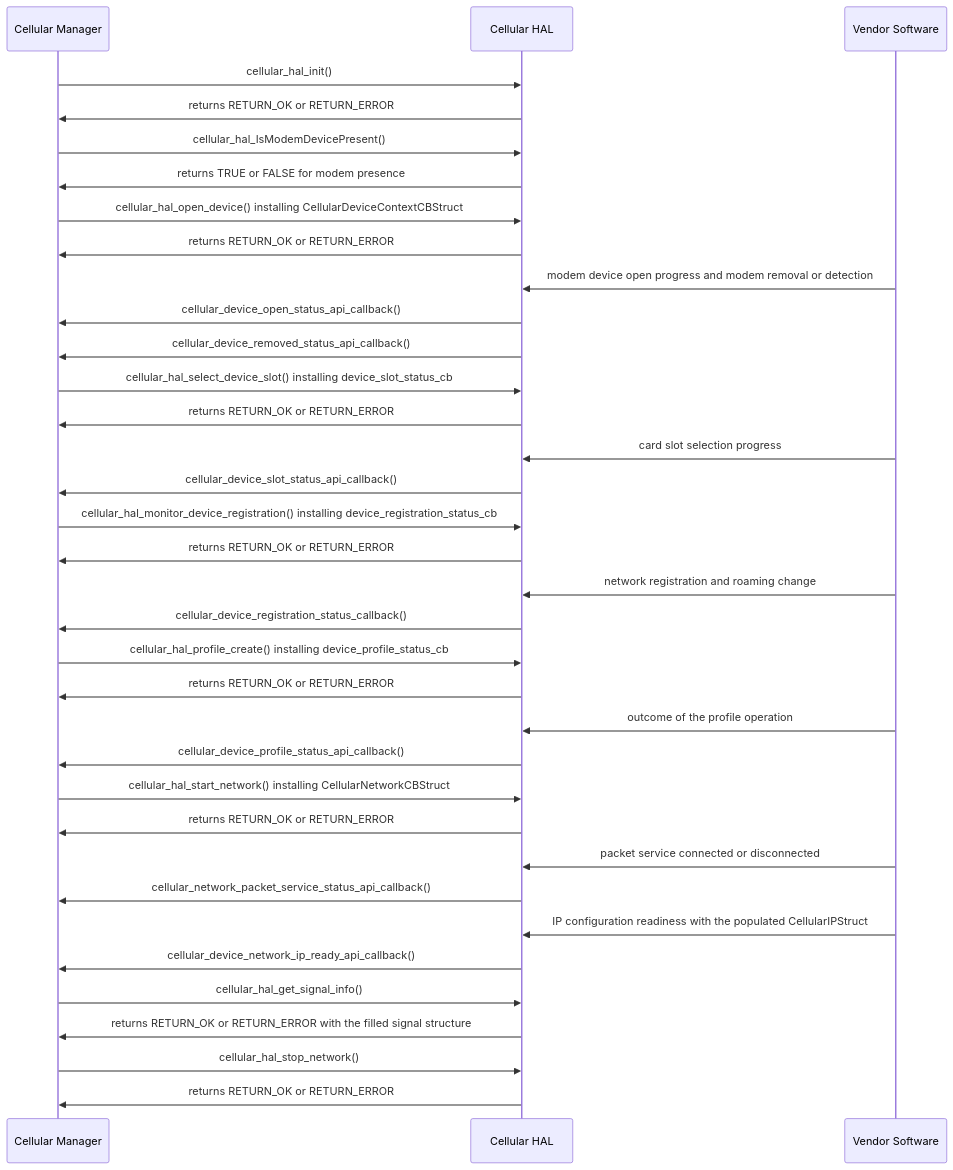
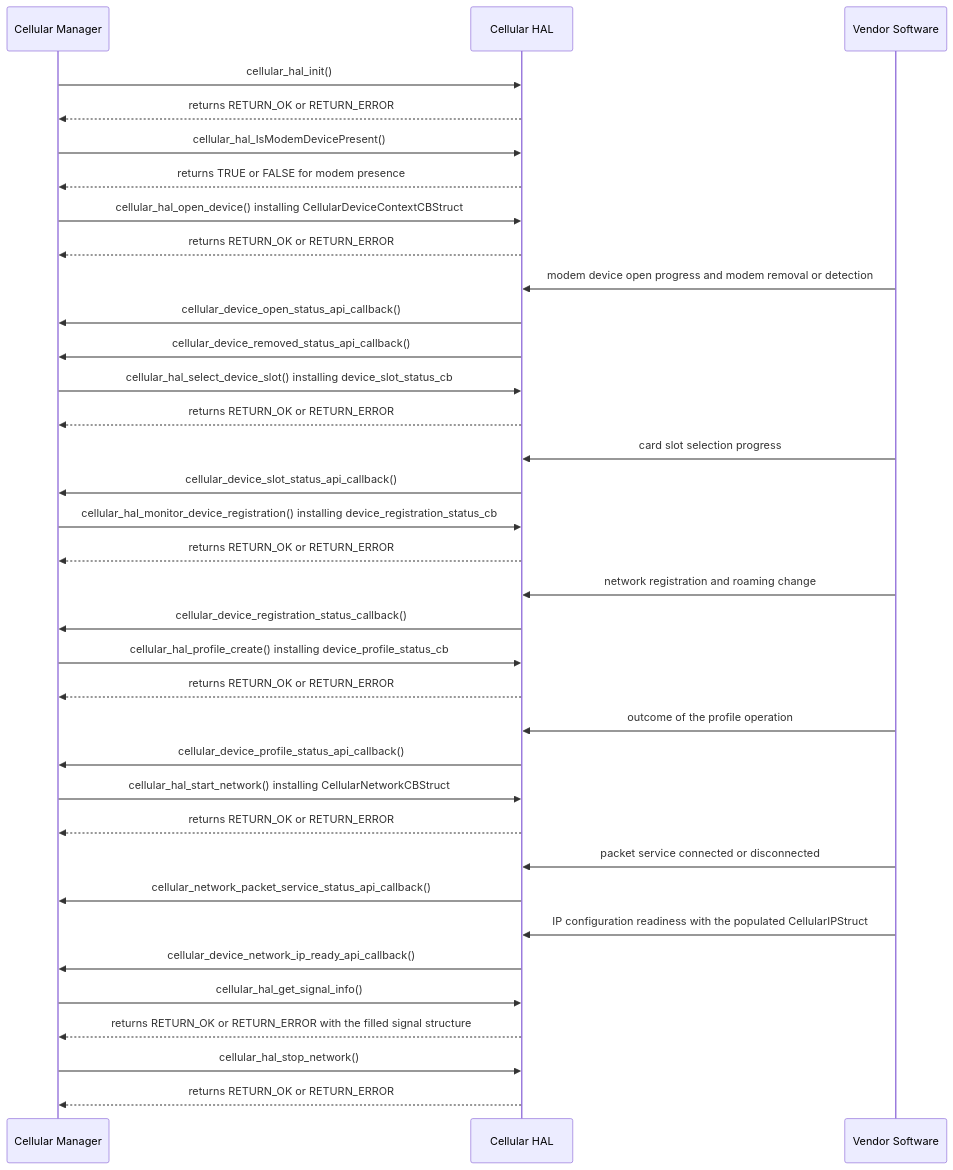
The second of 2 diagrams in docs/pages/halSpec.md (Blitzy-Sky/rdkb-halif-cellular), drawn with Mermaid before and after one commit.

Commit message:
docs: draw Cellular HAL sequence replies as dashed arrows
Sequence-diagram replies use -->> and initiating messages ->>, matching the other HAL specifications.

````diff
--- a/docs/pages/halSpec.md
+++ b/docs/pages/halSpec.md
@@ -461,45 +461,45 @@
 ```mermaid
 sequenceDiagram
 participant Caller as Cellular Manager
 participant HAL as Cellular HAL
 participant Vendor as Vendor Software
 Caller->>HAL: cellular_hal_init()
-HAL->>Caller: returns RETURN_OK or RETURN_ERROR
+HAL-->>Caller: returns RETURN_OK or RETURN_ERROR
 
 Caller->>HAL: cellular_hal_IsModemDevicePresent()
-HAL->>Caller: returns TRUE or FALSE for modem presence
+HAL-->>Caller: returns TRUE or FALSE for modem presence
 
 Caller->>HAL: cellular_hal_open_device() installing CellularDeviceContextCBStruct
-HAL->>Caller: returns RETURN_OK or RETURN_ERROR
+HAL-->>Caller: returns RETURN_OK or RETURN_ERROR
 Vendor->>HAL: modem device open progress and modem removal or detection
 HAL->>Caller: cellular_device_open_status_api_callback()
 HAL->>Caller: cellular_device_removed_status_api_callback()
 
 Caller->>HAL: cellular_hal_select_device_slot() installing device_slot_status_cb
-HAL->>Caller: returns RETURN_OK or RETURN_ERROR
+HAL-->>Caller: returns RETURN_OK or RETURN_ERROR
 Vendor->>HAL: card slot selection progress
 HAL->>Caller: cellular_device_slot_status_api_callback()
 
 Caller->>HAL: cellular_hal_monitor_device_registration() installing device_registration_status_cb
-HAL->>Caller: returns RETURN_OK or RETURN_ERROR
+HAL-->>Caller: returns RETURN_OK or RETURN_ERROR
 Vendor->>HAL: network registration and roaming change
 HAL->>Caller: cellular_device_registration_status_callback()
 
 Caller->>HAL: cellular_hal_profile_create() installing device_profile_status_cb
-HAL->>Caller: returns RETURN_OK or RETURN_ERROR
+HAL-->>Caller: returns RETURN_OK or RETURN_ERROR
 Vendor->>HAL: outcome of the profile operation
 HAL->>Caller: cellular_device_profile_status_api_callback()
 
 Caller->>HAL: cellular_hal_start_network() installing CellularNetworkCBStruct
-HAL->>Caller: returns RETURN_OK or RETURN_ERROR
+HAL-->>Caller: returns RETURN_OK or RETURN_ERROR
 Vendor->>HAL: packet service connected or disconnected
 HAL->>Caller: cellular_network_packet_service_status_api_callback()
 Vendor->>HAL: IP configuration readiness with the populated CellularIPStruct
 HAL->>Caller: cellular_device_network_ip_ready_api_callback()
 
 Caller->>HAL: cellular_hal_get_signal_info()
-HAL->>Caller: returns RETURN_OK or RETURN_ERROR with the filled signal structure
+HAL-->>Caller: returns RETURN_OK or RETURN_ERROR with the filled signal structure
 
 Caller->>HAL: cellular_hal_stop_network()
-HAL->>Caller: returns RETURN_OK or RETURN_ERROR
+HAL-->>Caller: returns RETURN_OK or RETURN_ERROR
 ```
````
